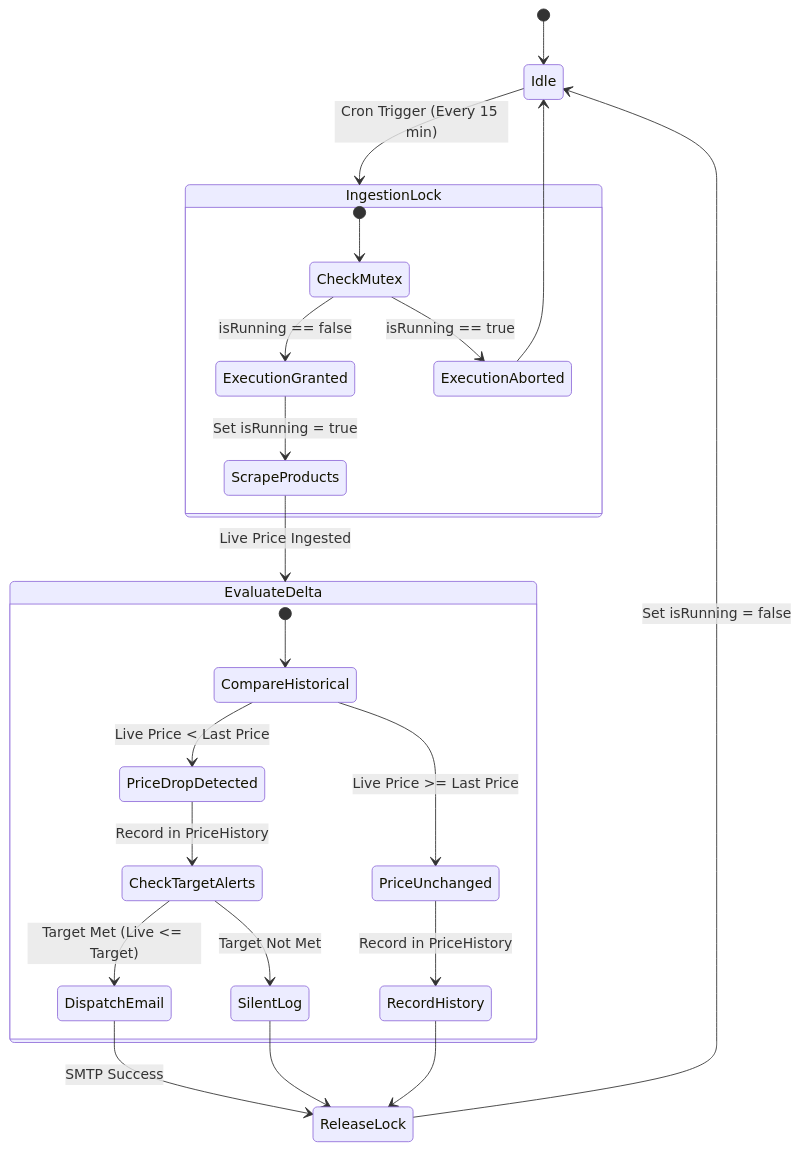
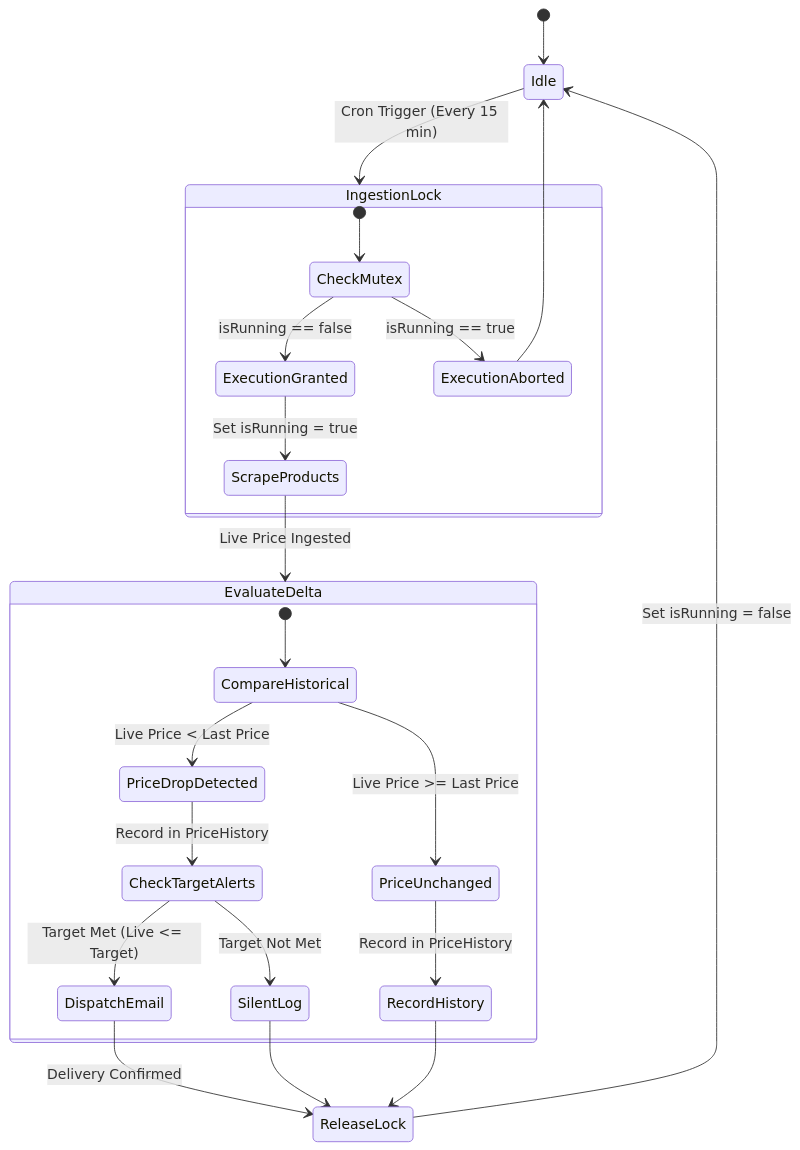
The seventh of 8 diagrams in README.md (imMohammedSahil/Zemo), drawn with Mermaid before and after one commit. The commit also changed other lines of this file, not shown here.

Commit message:
docs: overhaul README with technical architecture, API specs, and Brevo engine details

````diff
--- a/README.md
+++ b/README.md
@@ -280,30 +330,30 @@
 ```mermaid
 stateDiagram-v2
     [*] --> Idle
     Idle --> IngestionLock: Cron Trigger (Every 15 min)
     
     state IngestionLock {
         [*] --> CheckMutex
         CheckMutex --> ExecutionGranted: isRunning == false
         CheckMutex --> ExecutionAborted: isRunning == true
         ExecutionGranted --> ScrapeProducts: Set isRunning = true
     }
 
     ExecutionAborted --> Idle
     ScrapeProducts --> EvaluateDelta: Live Price Ingested
     
     state EvaluateDelta {
         [*] --> CompareHistorical
         CompareHistorical --> PriceDropDetected: Live Price < Last Price
         CompareHistorical --> PriceUnchanged: Live Price >= Last Price
         PriceDropDetected --> CheckTargetAlerts: Record in PriceHistory
         PriceUnchanged --> RecordHistory: Record in PriceHistory
         CheckTargetAlerts --> DispatchEmail: Target Met (Live <= Target)
         CheckTargetAlerts --> SilentLog: Target Not Met
     }
 
-    DispatchEmail --> ReleaseLock: SMTP Success
+    DispatchEmail --> ReleaseLock: Delivery Confirmed
     SilentLog --> ReleaseLock
     RecordHistory --> ReleaseLock
     ReleaseLock --> Idle: Set isRunning = false
 ```
````
